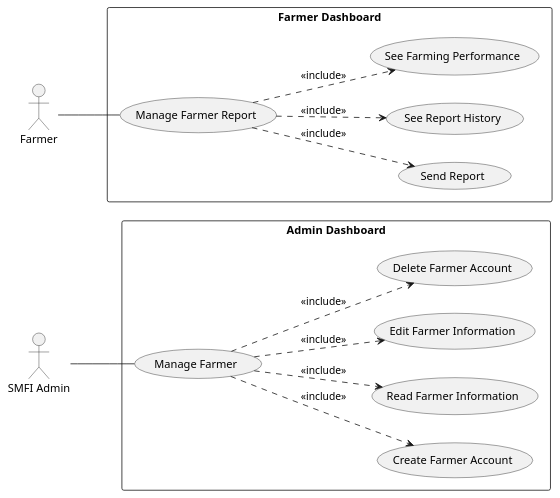
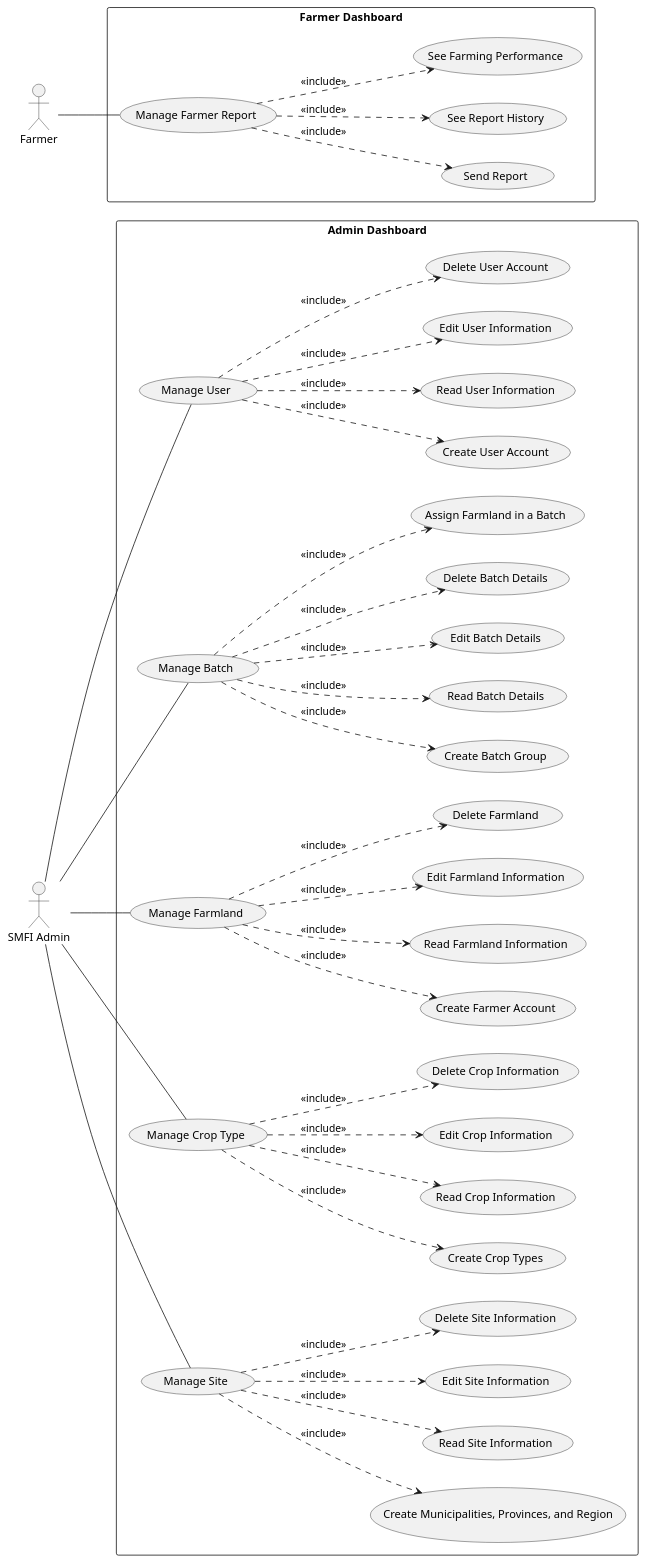
Before and after one commit to radical-doubting/anikultura-diagrams: the diagram in plantuml/proposed/usecase.wsd, drawn with PlantUML. The commit also changed 2 other files, not shown here.

Commit message:
FDD and Use Case Diagram updates

```diff
--- a/plantuml/proposed/usecase.wsd
+++ b/plantuml/proposed/usecase.wsd
@@ -1,38 +1,93 @@
 @startuml
 
 left to right direction
 actor "SMFI Admin" as a
 
 rectangle "Admin Dashboard" {
-    usecase "Manage Farmer" as AD1
-    usecase "Create Farmer Account" as AD1.4
-    usecase "Read Farmer Information" as AD1.3
-    usecase "Edit Farmer Information" as AD1.2
-    usecase "Delete Farmer Account" as AD1.1
+    usecase "Manage User" as AD1
+    usecase "Create User Account" as AD1.1
+    usecase "Read User Information" as AD1.2
+    usecase "Edit User Information" as AD1.3
+    usecase "Delete User Account" as AD1.4
+
+    usecase "Manage Batch" as AD2
+    usecase "Create Batch Group" as AD2.1
+    usecase "Read Batch Details" as AD2.2
+    usecase "Edit Batch Details" as AD2.3
+    usecase "Delete Batch Details" as AD2.4
+    usecase "Assign Farmland in a Batch" as AD2.5
+
+    usecase "Manage Farmland" as AD3
+    usecase "Create Farmer Account" as AD3.1
+    usecase "Read Farmland Information" as AD3.2
+    usecase "Edit Farmland Information" as AD3.3
+    usecase "Delete Farmland" as AD3.4
+
+    usecase "Manage Crop Type" as AD4
+    usecase "Create Crop Types" as AD4.1
+    usecase "Read Crop Information" as AD4.2
+    usecase "Edit Crop Information" as AD4.3
+    usecase "Delete Crop Information" as AD4.4
+
+    usecase "Manage Site" as AD5
+    usecase "Create Municipalities, Provinces, and Region" as AD5.1
+    usecase "Read Site Information" as AD5.2
+    usecase "Edit Site Information" as AD5.3
+    usecase "Delete Site Information" as AD5.4
 }
 
 actor "Farmer" as f
 
 rectangle "Farmer Dashboard" {
+    usecase "Manage Farmer Report" as FD1
+    usecase "Send Report" as FD1.1
+    usecase "See Report History" as FD1.2
+    usecase "See Farming Performance" as FD1.3
+
     usecase "Manage Farmer Report" as FD1
     usecase "Send Report" as FD1.1
     usecase "See Report History" as FD1.2
     usecase "See Farming Performance" as FD1.3
 }
 
 
 AD1 ..> AD1.1 : <<include>>
 AD1 ..> AD1.2 : <<include>>
 AD1 ..> AD1.3 : <<include>>
 AD1 ..> AD1.4 : <<include>>
 
+AD2 ..> AD2.1 : <<include>>
+AD2 ..> AD2.2 : <<include>>
+AD2 ..> AD2.3 : <<include>>
+AD2 ..> AD2.4 : <<include>>
+AD2 ..> AD2.5 : <<include>>
+
+AD3 ..> AD3.1 : <<include>>
+AD3 ..> AD3.2 : <<include>>
+AD3 ..> AD3.3 : <<include>>
+AD3 ..> AD3.4 : <<include>>
+
+AD4 ..> AD4.1 : <<include>>
+AD4 ..> AD4.2 : <<include>>
+AD4 ..> AD4.3 : <<include>>
+AD4 ..> AD4.4 : <<include>>
+
+AD5 ..> AD5.1 : <<include>>
+AD5 ..> AD5.2 : <<include>>
+AD5 ..> AD5.3 : <<include>>
+AD5 ..> AD5.4 : <<include>>
+
 a -- AD1
+a -- AD2
+a -- AD3
+a -- AD4
+a -- AD5
 
 f -- FD1
 
 FD1 ..> FD1.1 : <<include>>
 FD1 ..> FD1.2 : <<include>>
 FD1 ..> FD1.3 : <<include>>
 
 
 @enduml
```
